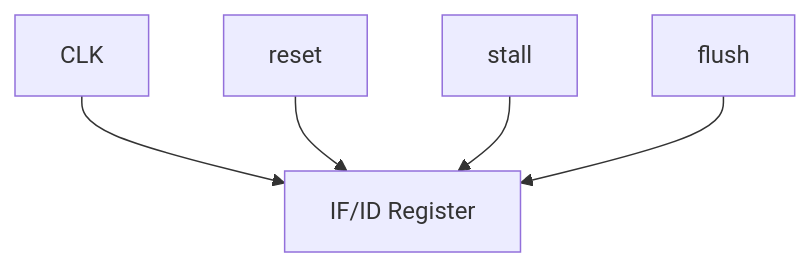
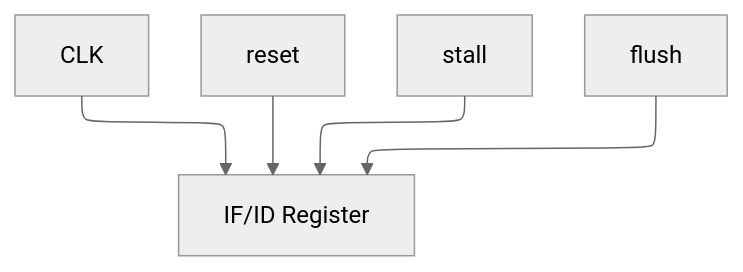
Before and after one commit to AtharvM2411/RISCV-Logisim: the fourth of 4 diagrams in CPU_v1.0_docs/pipeline/if_id_register.md, drawn with Mermaid. The commit also changed other lines of this file and 5 other files, not shown here.

````diff
--- a/CPU_v1.0_docs/pipeline/if_id_register.md
+++ b/CPU_v1.0_docs/pipeline/if_id_register.md
@@ -108,13 +118,18 @@
 ```mermaid
+---
+config:
+  layout: elk
+  theme: neutral
+---
 flowchart TB
 
     CLK["CLK"]
     RESET["reset"]
     STALL["stall"]
     FLUSH["flush"]
 
     CLK --> REG["IF/ID Register"]
     RESET --> REG
     STALL --> REG
     FLUSH --> REG
 ```
````
